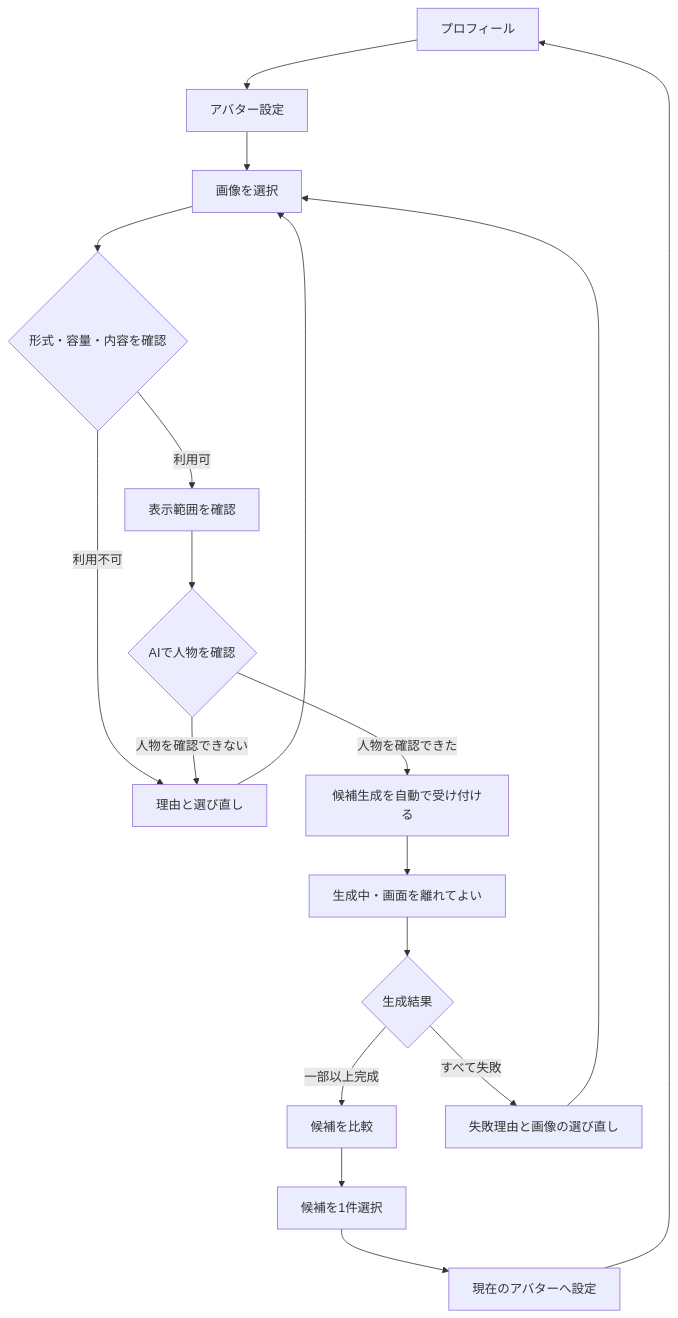
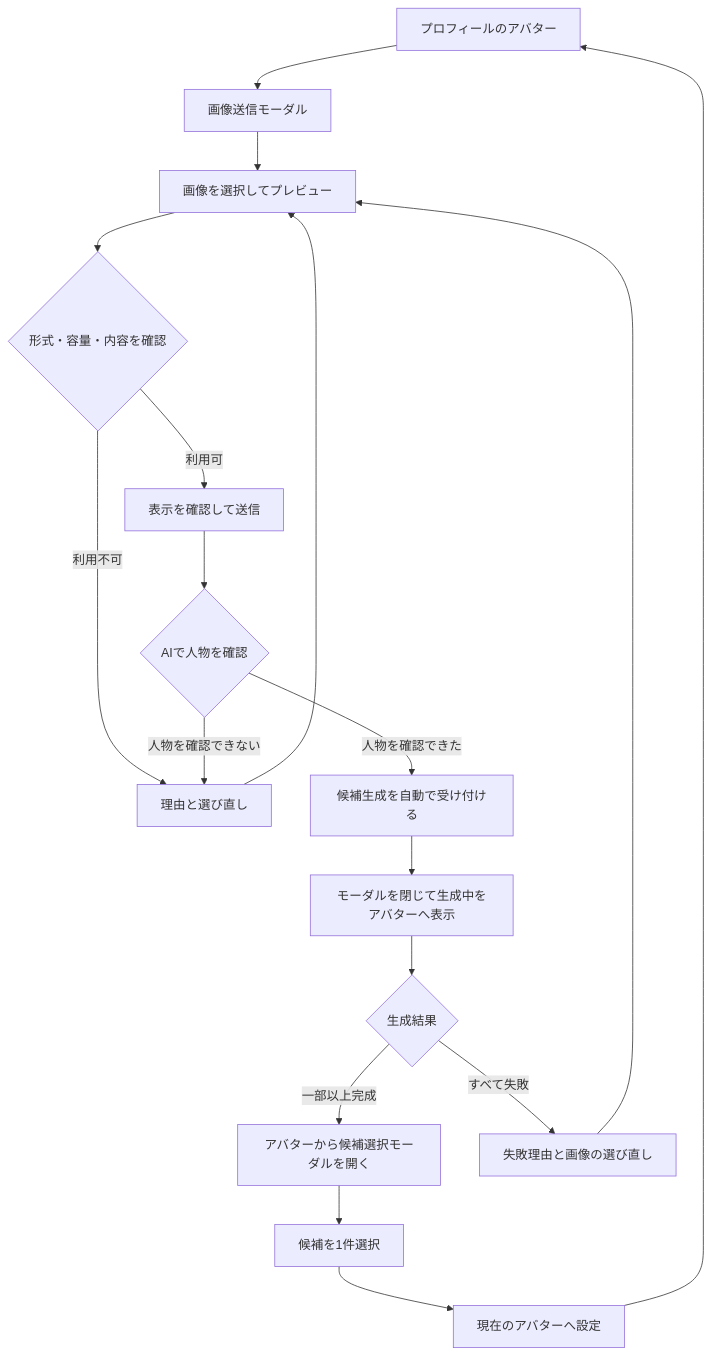
The first of 4 diagrams in docs/product/avatar-experience.md (kkyosuke/me-builder), drawn with Mermaid before and after one commit. The commit also changed other lines of this file and 20 other files, not shown here.

````diff
--- a/docs/product/avatar-experience.md
+++ b/docs/product/avatar-experience.md
@@ -110,20 +104,20 @@
 ```mermaid
 flowchart TD
-    P[プロフィール] --> S[アバター設定]
-    S --> U[画像を選択]
+    P[プロフィールのアバター] --> S[画像送信モーダル]
+    S --> U[画像を選択してプレビュー]
     U --> V{形式・容量・内容を確認}
     V -->|利用不可| UE[理由と選び直し]
     UE --> U
-    V -->|利用可| C[表示範囲を確認]
+    V -->|利用可| C[表示を確認して送信]
     C --> D{AIで人物を確認}
     D -->|人物を確認できない| UE
     D -->|人物を確認できた| J[候補生成を自動で受け付ける]
-    J --> W[生成中・画面を離れてよい]
+    J --> W[モーダルを閉じて生成中をアバターへ表示]
     W --> R{生成結果}
-    R -->|一部以上完成| G[候補を比較]
+    R -->|一部以上完成| G[アバターから候補選択モーダルを開く]
     R -->|すべて失敗| F[失敗理由と画像の選び直し]
     F --> U
     G --> E[候補を1件選択]
     E --> A[現在のアバターへ設定]
     A --> P
 ```
````
